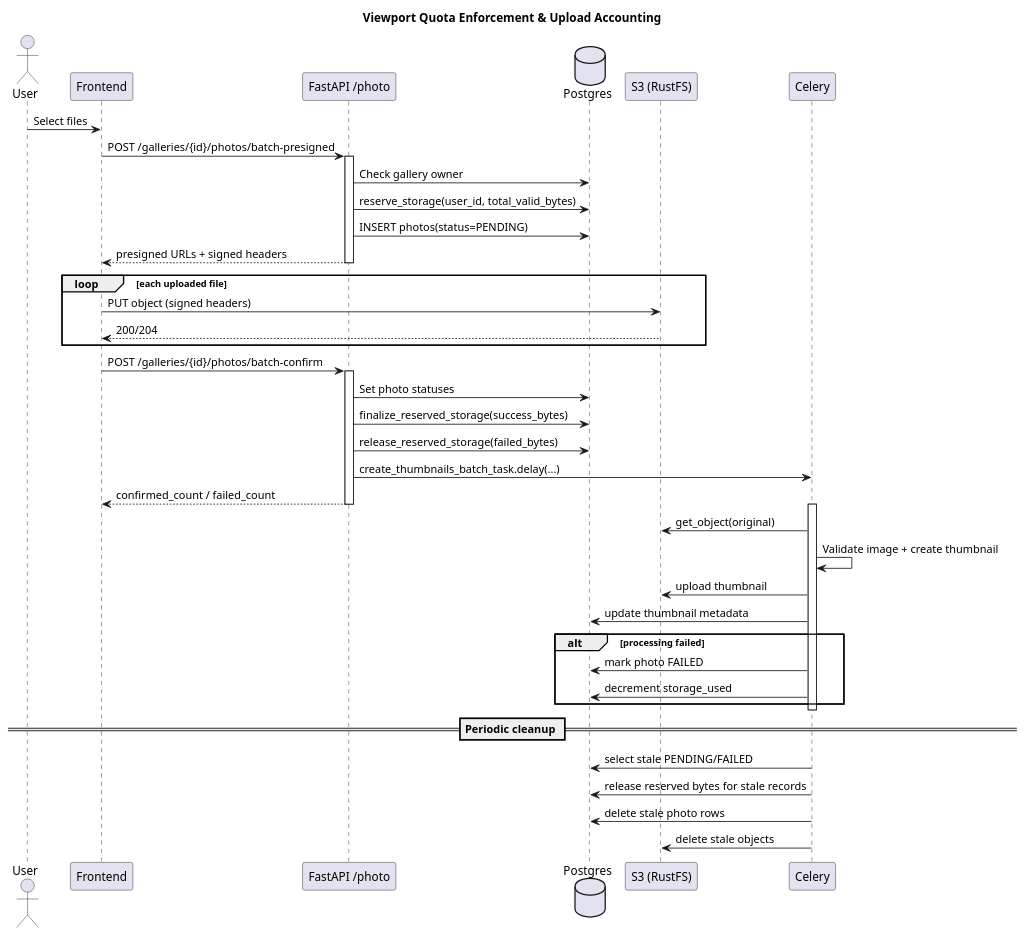
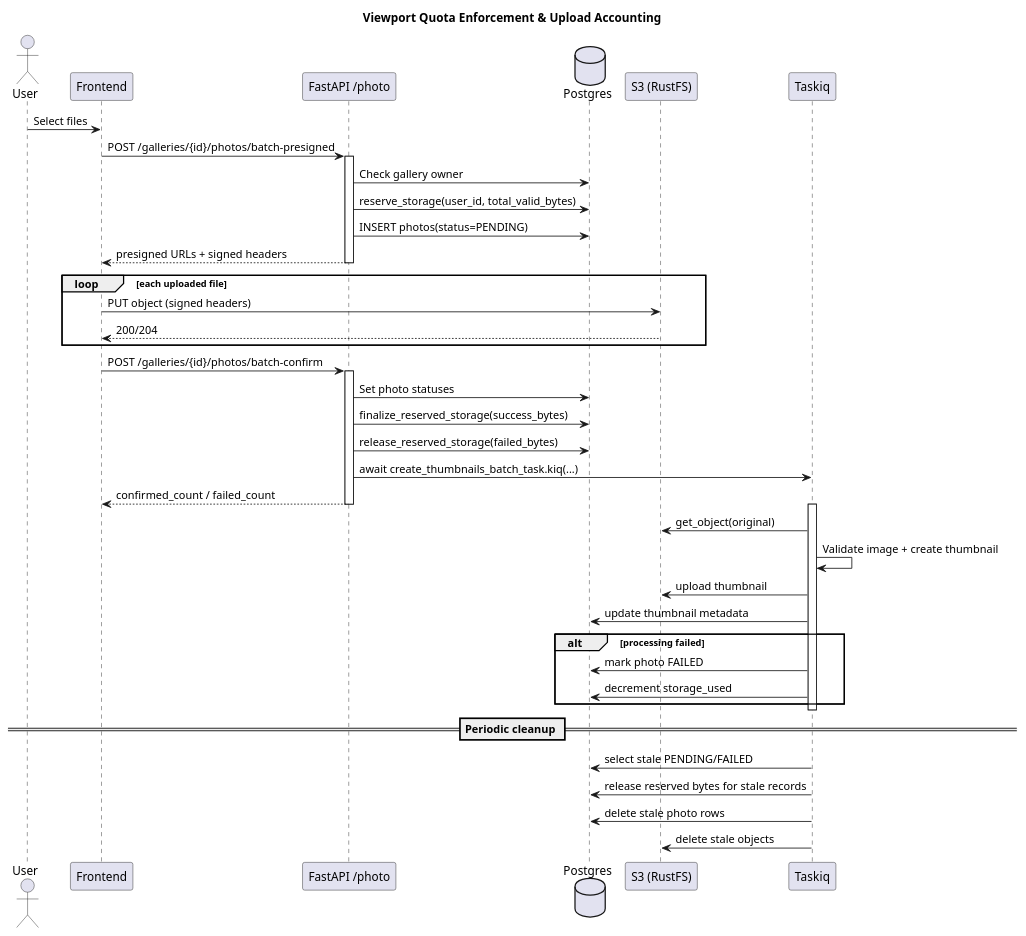
Before and after one commit to SamuraJey/viewport: the diagram in docs/backend/quota_flow_sequence.puml, drawn with PlantUML. The commit also changed 32 other files, not shown here.

```diff
--- a/docs/backend/quota_flow_sequence.puml
+++ b/docs/backend/quota_flow_sequence.puml
@@ -1,51 +1,51 @@
 @startuml quota_flow_sequence
 title Viewport Quota Enforcement & Upload Accounting
 
 actor User
 participant "Frontend" as FE
 participant "FastAPI /photo" as API
 database "Postgres" as DB
 participant "S3 (RustFS)" as S3
-participant "Celery" as C
+participant "Taskiq" as C
 
 User -> FE: Select files
 FE -> API: POST /galleries/{id}/photos/batch-presigned
 activate API
 API -> DB: Check gallery owner
 API -> DB: reserve_storage(user_id, total_valid_bytes)
 API -> DB: INSERT photos(status=PENDING)
 API --> FE: presigned URLs + signed headers
 deactivate API
 
 loop each uploaded file
   FE -> S3: PUT object (signed headers)
   S3 --> FE: 200/204
 end
 
 FE -> API: POST /galleries/{id}/photos/batch-confirm
 activate API
 API -> DB: Set photo statuses
 API -> DB: finalize_reserved_storage(success_bytes)
 API -> DB: release_reserved_storage(failed_bytes)
-API -> C: create_thumbnails_batch_task.delay(...)
+API -> C: await create_thumbnails_batch_task.kiq(...)
 API --> FE: confirmed_count / failed_count
 deactivate API
 
 activate C
 C -> S3: get_object(original)
 C -> C: Validate image + create thumbnail
 C -> S3: upload thumbnail
 C -> DB: update thumbnail metadata
 alt processing failed
   C -> DB: mark photo FAILED
   C -> DB: decrement storage_used
 end
 deactivate C
 
 == Periodic cleanup ==
 C -> DB: select stale PENDING/FAILED
 C -> DB: release reserved bytes for stale records
 C -> DB: delete stale photo rows
 C -> S3: delete stale objects
 
 @enduml
```
